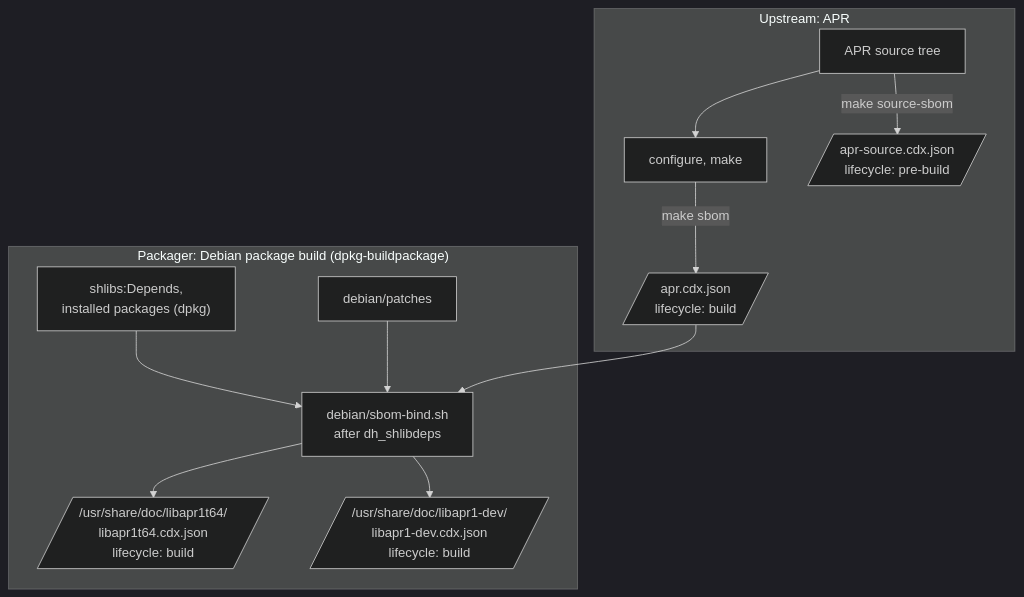
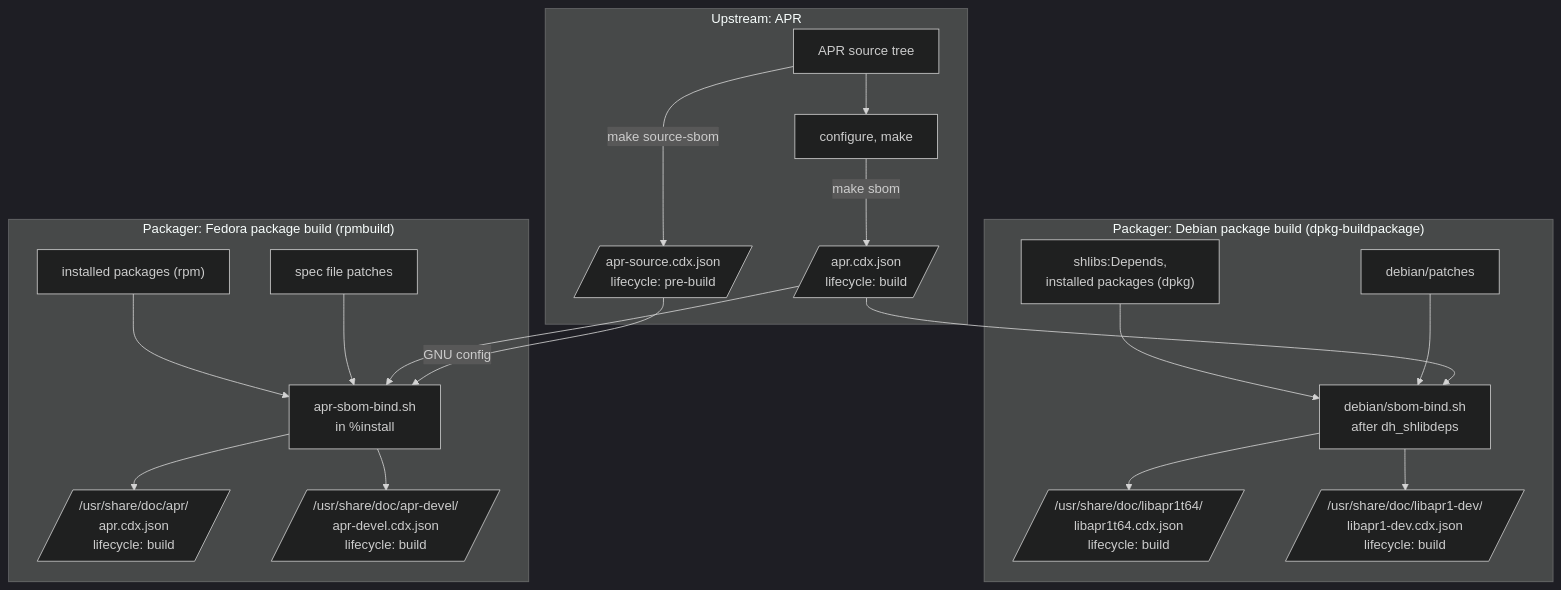
One commit to ppkarwasz/apr changed the diagram in README.md. Above: the diagram before and after it, drawn with Mermaid (dark theme). The commit also changed other lines of this file and 9 other files, not shown here.

````diff
--- a/README.md
+++ b/README.md
@@ -41,24 +54,37 @@
 ```mermaid
 flowchart TD
     subgraph upstream["Upstream: APR"]
         src["APR source tree"]
         build["configure, make"]
         ssbom[/"apr-source.cdx.json<br>lifecycle: pre-build"/]
         bsbom[/"apr.cdx.json<br>lifecycle: build"/]
         src -- "make source-sbom" --> ssbom
         src --> build
         build -- "make sbom" --> bsbom
     end
     subgraph debian["Packager: Debian package build (dpkg-buildpackage)"]
         deps["shlibs:Depends,<br>installed packages (dpkg)"]
         patches["debian/patches"]
         bind["debian/sbom-bind.sh<br>after dh_shlibdeps"]
         lib[/"/usr/share/doc/libapr1t64/<br>libapr1t64.cdx.json<br>lifecycle: build"/]
         dev[/"/usr/share/doc/libapr1-dev/<br>libapr1-dev.cdx.json<br>lifecycle: build"/]
         deps --> bind
         patches --> bind
         bind --> lib
         bind --> dev
     end
+    subgraph fedora["Packager: Fedora package build (rpmbuild)"]
+        rpms["installed packages (rpm)"]
+        fpatches["spec file patches"]
+        fbind["apr-sbom-bind.sh<br>in %install"]
+        fapr[/"/usr/share/doc/apr/<br>apr.cdx.json<br>lifecycle: build"/]
+        fdev[/"/usr/share/doc/apr-devel/<br>apr-devel.cdx.json<br>lifecycle: build"/]
+        rpms --> fbind
+        fpatches --> fbind
+        fbind --> fapr
+        fbind --> fdev
+    end
     bsbom --> bind
+    bsbom --> fbind
+    ssbom -- "GNU config" --> fbind
 ```
````
